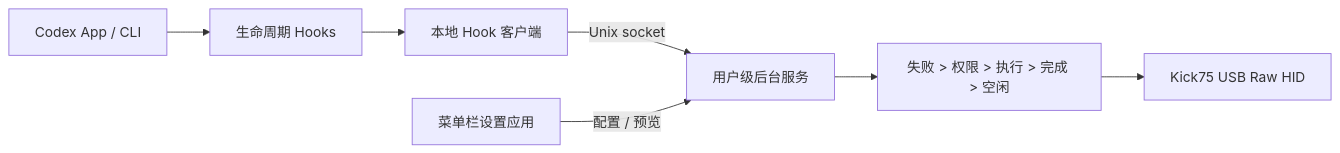
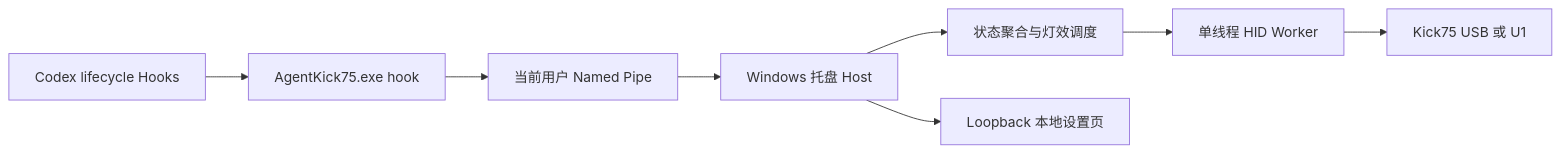
Before and after one commit to QuinMeow/codex-kick75-status-lights: the diagram in README.md, drawn with Mermaid. The commit also changed other lines of this file and 32 other files, not shown here.

````diff
--- a/README.md
+++ b/README.md
@@ -478,9 +56,10 @@
-```mermaid
+~~~mermaid
 flowchart LR
-    A["Codex App / CLI"] --> H["生命周期 Hooks"]
-    H --> C["本地 Hook 客户端"]
-    C -->|"Unix socket"| D["用户级后台服务"]
-    M["菜单栏设置应用"] -->|"配置 / 预览"| D
-    D --> G["失败 > 权限 > 执行 > 完成 > 空闲"]
-    G --> K["Kick75 USB Raw HID"]
-```
+    C["Codex lifecycle Hooks"] --> H["AgentKick75.exe hook"]
+    H --> P["当前用户 Named Pipe"]
+    P --> T["Windows 托盘 Host"]
+    T --> S["状态聚合与灯效调度"]
+    S --> W["单线程 HID Worker"]
+    W --> K["Kick75 USB 或 U1"]
+    T --> L["Loopback 本地设置页"]
+~~~
````
